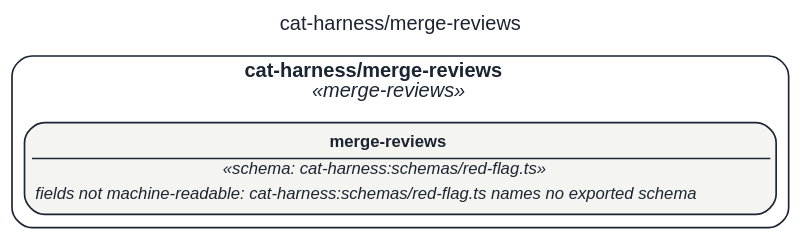
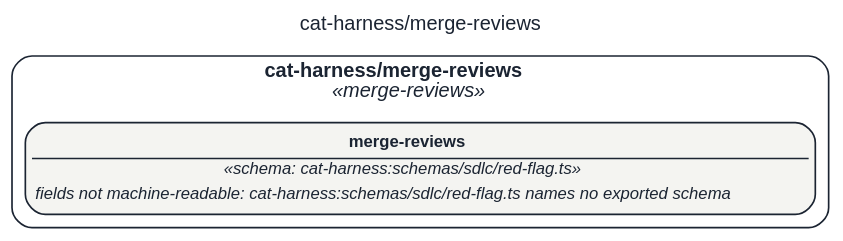
The diagram in assets/img/uml/overview/cat-harness/merge-reviews.dot (litlfred/folio-assistant), drawn with Graphviz before and after one commit. The commit also changed 9297 other files, not shown here.

```diff
--- a/assets/img/uml/overview/cat-harness/merge-reviews.dot
+++ b/assets/img/uml/overview/cat-harness/merge-reviews.dot
@@ -1,11 +1,11 @@
 // GENERATED by cat-harness-tools/scripts/gen-uml-overview.ts — do not edit.
 // Rendered page (interactive view, same model): https://litlfred.github.io/folio-assistant/uml/overview/cat-harness/merge-reviews.html
 digraph "cat_harness_merge_reviews" {
   graph [label="cat-harness/merge-reviews", labelloc=t, fontname="Helvetica", fontsize=12, fontcolor="#1b2432", newrank=true, ratio=auto, nodesep=0.3, ranksep=0.5, bgcolor="transparent"];
   node [shape=box, style="rounded,filled", margin=0.05, fontname="Helvetica", fontsize=10, color="#1b2432", fontcolor="#1b2432"];
   edge [color="#1b2432", fontcolor="#1b2432", fontname="Helvetica", fontsize=9];
   subgraph "cluster_pkg_cat_harness_merge_reviews" {
     label=<<b>cat-harness/merge-reviews</b><br/><i>«merge-reviews»</i>>; style="rounded"; color="#1b2432"; class="fa_uml_subgraph";
-    "cat_harness_merge_reviews_merge_reviews_shape" [fillcolor="#f4f4f1", class="fa_uml_kind_merge_reviews", label=<<table border="0" cellborder="0" cellspacing="0" cellpadding="2"><tr><td border="1" sides="b"><b>merge-reviews</b></td></tr><tr><td><i>«schema: cat-harness:schemas/red-flag.ts»</i></td></tr><tr><td align="left"><i>fields not machine-readable: cat-harness:schemas/red-flag.ts names no exported schema</i></td></tr></table>>];
+    "cat_harness_merge_reviews_merge_reviews_shape" [fillcolor="#f4f4f1", class="fa_uml_kind_merge_reviews", label=<<table border="0" cellborder="0" cellspacing="0" cellpadding="2"><tr><td border="1" sides="b"><b>merge-reviews</b></td></tr><tr><td><i>«schema: cat-harness:schemas/sdlc/red-flag.ts»</i></td></tr><tr><td align="left"><i>fields not machine-readable: cat-harness:schemas/sdlc/red-flag.ts names no exported schema</i></td></tr></table>>];
   }
 }
```
